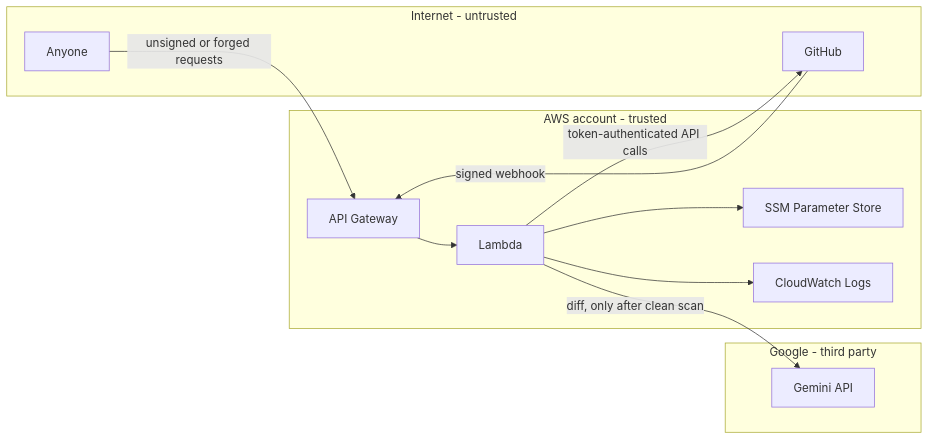
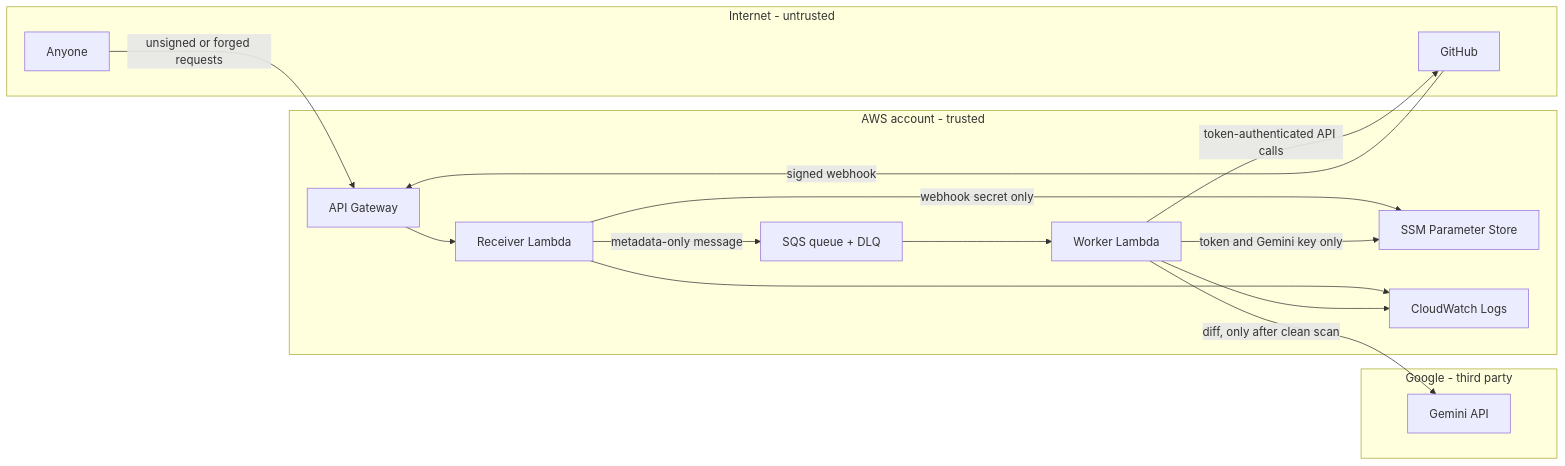
One commit to ChamathDilshanC/MergeGuard-AI changed the diagram in docs/SECURITY.md. Above: the diagram before and after it, drawn with Mermaid. The commit also changed other lines of this file and 17 other files, not shown here.

````diff
--- a/docs/SECURITY.md
+++ b/docs/SECURITY.md
@@ -35,23 +37,29 @@
 ```mermaid
 flowchart LR
     subgraph internet["Internet - untrusted"]
         att["Anyone"]
         gh["GitHub"]
     end
     subgraph aws["AWS account - trusted"]
         api["API Gateway"]
-        fn["Lambda"]
+        rcv["Receiver Lambda"]
+        q["SQS queue + DLQ"]
+        wrk["Worker Lambda"]
         ssm["SSM Parameter Store"]
         cw["CloudWatch Logs"]
     end
     subgraph google["Google - third party"]
         gem["Gemini API"]
     end
     att -->|"unsigned or forged requests"| api
     gh -->|"signed webhook"| api
-    api --> fn
-    fn --> ssm
-    fn --> cw
-    fn -->|"diff, only after clean scan"| gem
-    fn -->|"token-authenticated API calls"| gh
+    api --> rcv
+    rcv -->|"webhook secret only"| ssm
+    rcv -->|"metadata-only message"| q
+    q --> wrk
+    wrk -->|"token and Gemini key only"| ssm
+    rcv --> cw
+    wrk --> cw
+    wrk -->|"diff, only after clean scan"| gem
+    wrk -->|"token-authenticated API calls"| gh
 ```
````
